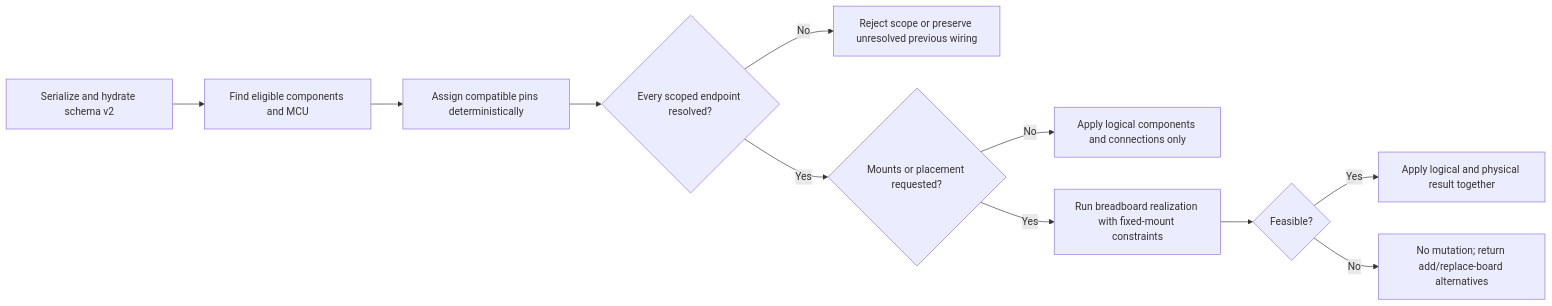
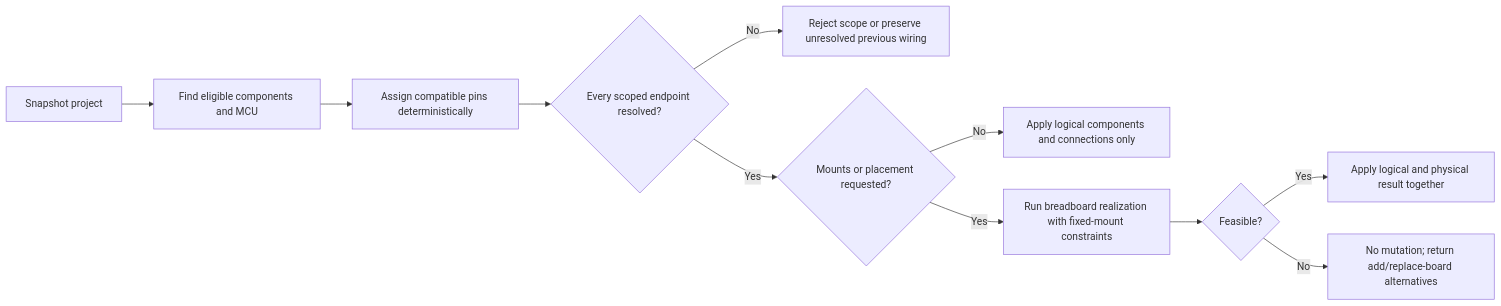
The fourth of 9 diagrams in docs/SELF_HEALING_ENGINE.md (Ainmimdal/circuitsense), drawn with Mermaid before and after one commit. The commit also changed other lines of this file and 10 other files, not shown here.

````diff
--- a/docs/SELF_HEALING_ENGINE.md
+++ b/docs/SELF_HEALING_ENGINE.md
@@ -215,13 +217,13 @@
 ```mermaid
 flowchart LR
-    A["Serialize and hydrate schema v2"] --> B["Find eligible components and MCU"]
+    A["Snapshot project"] --> B["Find eligible components and MCU"]
     B --> C["Assign compatible pins deterministically"]
     C --> D{"Every scoped endpoint resolved?"}
     D -->|"No"| E["Reject scope or preserve unresolved previous wiring"]
     D -->|"Yes"| F{"Mounts or placement requested?"}
     F -->|"No"| G["Apply logical components and connections only"]
     F -->|"Yes"| H["Run breadboard realization with fixed-mount constraints"]
     H --> I{"Feasible?"}
     I -->|"Yes"| J["Apply logical and physical result together"]
     I -->|"No"| K["No mutation; return add/replace-board alternatives"]
 ```
````
